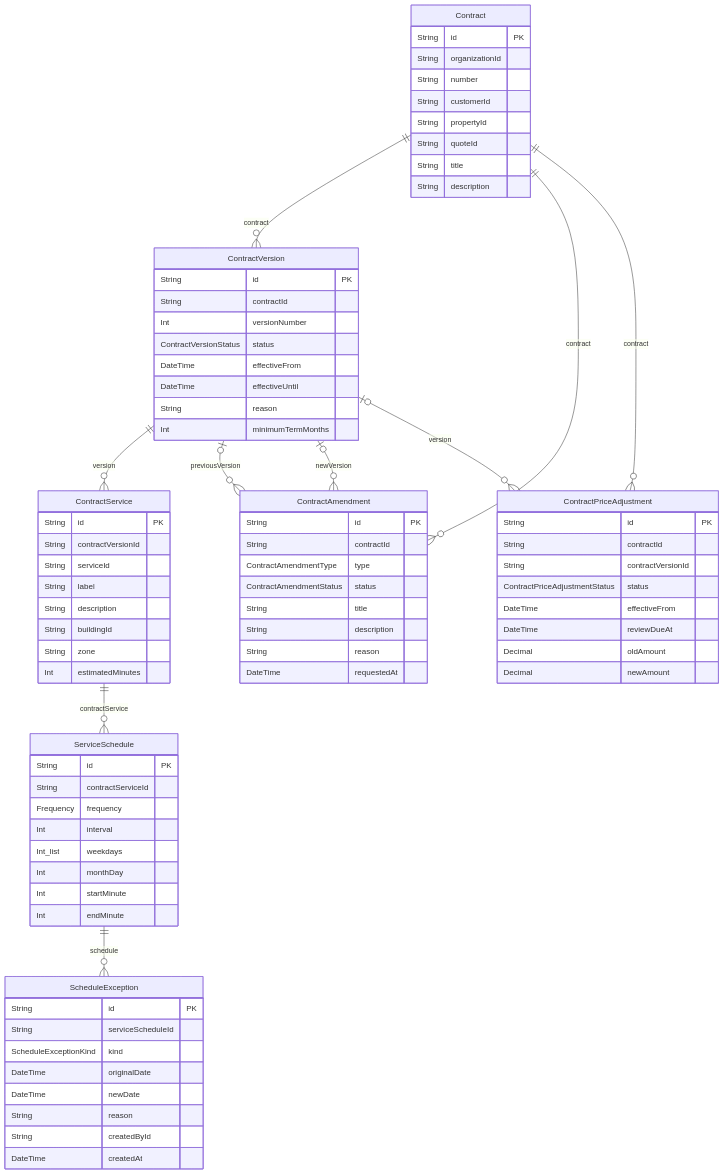
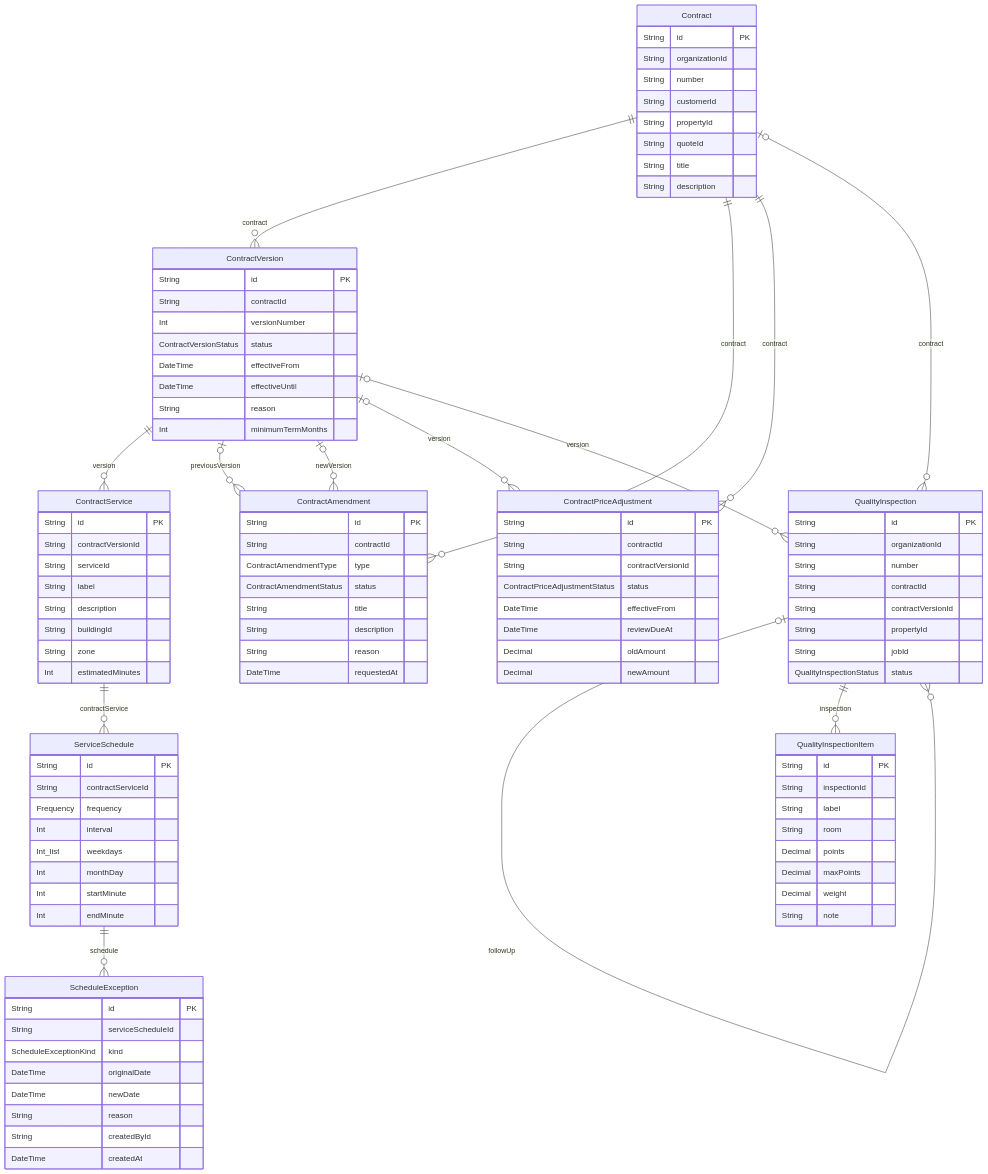
The eighth of 14 diagrams in docs/DATABASE.md (javadqasemi/Clenaris), drawn with Mermaid before and after one commit. The commit also changed other lines of this file and 30 other files, not shown here.

````diff
--- a/docs/DATABASE.md
+++ b/docs/DATABASE.md
@@ -735,6 +735,26 @@
     Decimal oldAmount
     Decimal newAmount
   }
+  QualityInspection {
+    String id PK
+    String organizationId
+    String number
+    String contractId
+    String contractVersionId
+    String propertyId
+    String jobId
+    QualityInspectionStatus status
+  }
+  QualityInspectionItem {
+    String id PK
+    String inspectionId
+    String label
+    String room
+    Decimal points
+    Decimal maxPoints
+    Decimal weight
+    String note
+  }
   Contract ||--o{ ContractVersion : "contract"
   ContractVersion ||--o{ ContractService : "version"
   ContractService ||--o{ ServiceSchedule : "contractService"
@@ -744,4 +764,9 @@
   ContractVersion |o--o{ ContractAmendment : "newVersion"
   Contract ||--o{ ContractPriceAdjustment : "contract"
   ContractVersion |o--o{ ContractPriceAdjustment : "version"
+  Contract |o--o{ QualityInspection : "contract"
+  ContractVersion |o--o{ QualityInspection : "version"
+  QualityInspection |o--|| QualityInspection : "followUpOf"
+  QualityInspection |o--o{ QualityInspection : "followUp"
+  QualityInspection ||--o{ QualityInspectionItem : "inspection"
 ```
````
